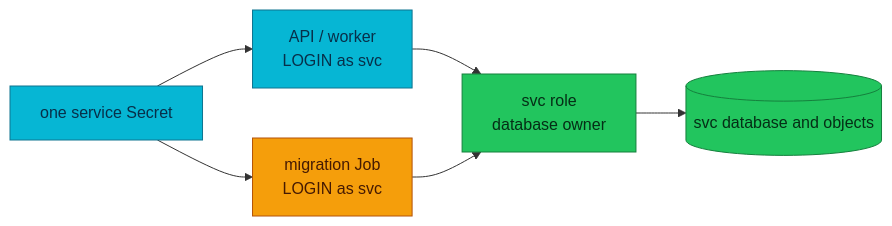
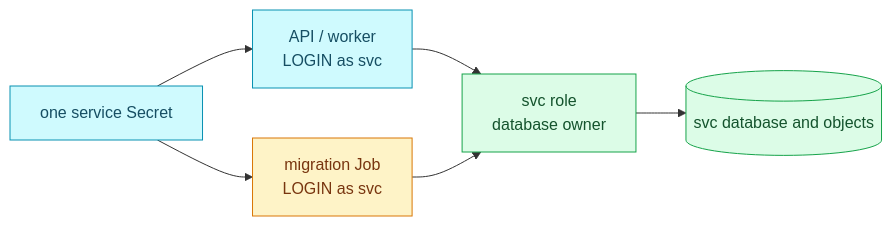
Before and after one commit to duynhlab/homelab: the second of 2 diagrams in docs/proposals/rfc/RFC-0029/research.md, drawn with Mermaid. The commit also changed other lines of this file and 2 other files, not shown here.

````diff
--- a/docs/proposals/rfc/RFC-0029/research.md
+++ b/docs/proposals/rfc/RFC-0029/research.md
@@ -520,15 +535,15 @@
 ```mermaid
 flowchart LR
     Secret["one service Secret"] --> Runtime["API / worker<br/>LOGIN as svc"]
     Secret --> Migration["migration Job<br/>LOGIN as svc"]
     Runtime --> Role["svc role<br/>database owner"]
     Migration --> Role
     Role --> DB[("svc database and objects")]
 
-    classDef service fill:#06b6d4,color:#082f49,stroke:#0e7490;
-    classDef worker fill:#f59e0b,color:#451a03,stroke:#b45309;
-    classDef data fill:#22c55e,color:#052e16,stroke:#15803d;
+    classDef service fill:#cffafe,color:#164e63,stroke:#0891b2;
+    classDef worker fill:#fef3c7,color:#78350f,stroke:#d97706;
+    classDef data fill:#dcfce7,color:#14532d,stroke:#16a34a;
     class Secret,Runtime service;
     class Migration worker;
     class Role,DB data;
 ```
````
